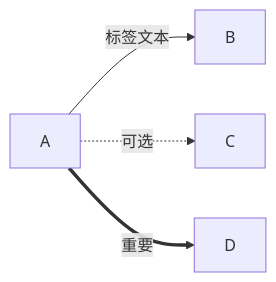
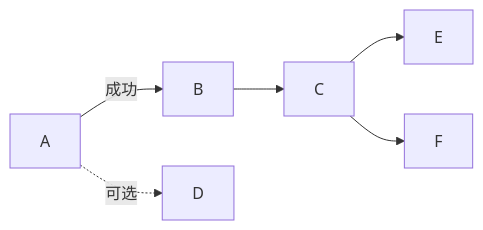
One commit to liu-qingyuan/skills-sync-lqy changed the fourth of 10 diagrams in skills/lqy-curated/mermaid-visualizer/references/syntax-rules.md. Above: the diagram before and after it, drawn with Mermaid. The commit also changed other lines of this file, not shown here.

Commit message:
refactor(mermaid-visualizer): simplify syntax reference

````diff
--- a/skills/lqy-curated/mermaid-visualizer/references/syntax-rules.md
+++ b/skills/lqy-curated/mermaid-visualizer/references/syntax-rules.md
@@ -219,6 +76,6 @@
 ```mermaid
-graph LR
-    A -->|标签文本| B
-    A -.->|可选| C
-    A ==>|重要| D
+flowchart LR
+    A -->|成功| B --> C
+    A -.->|可选| D
+    C --> E & F
 ```
````
